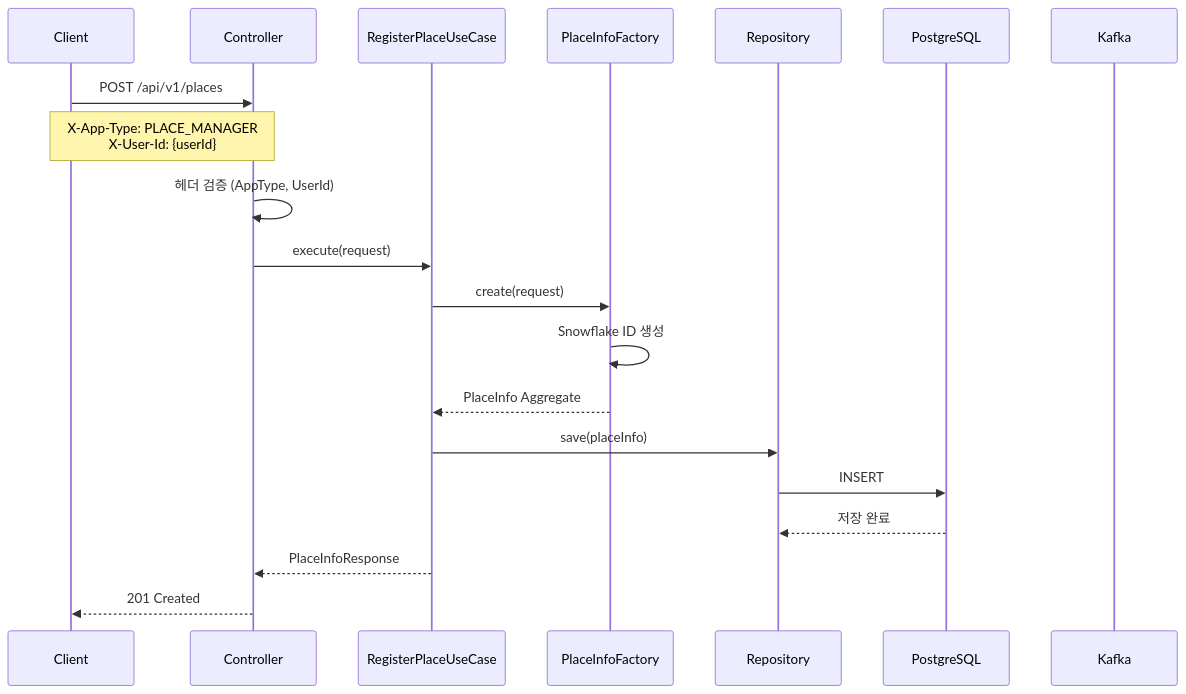
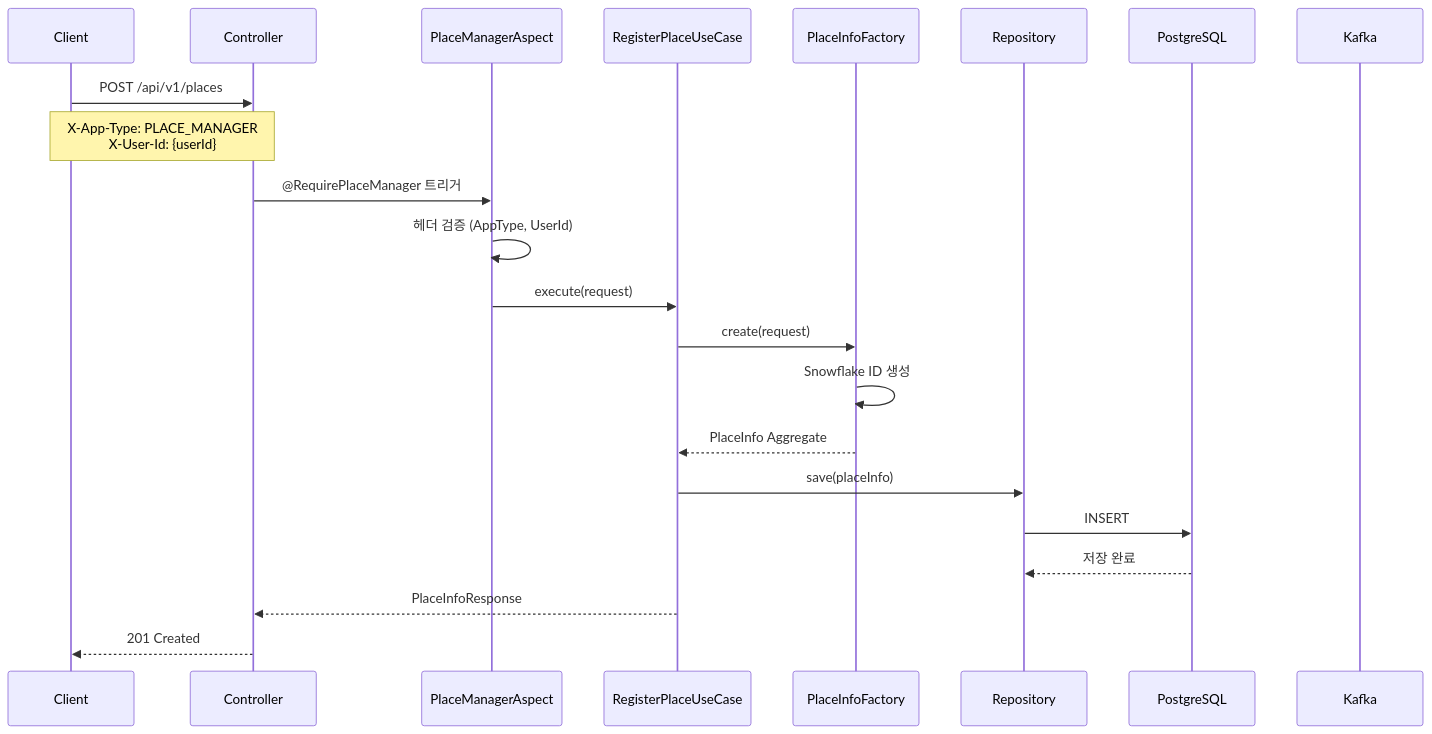
One commit to DDINGJOO/PLACE_INFO_SERVICE_SERVER changed the third of 8 diagrams in README.md. Above: the diagram before and after it, drawn with Mermaid. The commit also changed other lines of this file, not shown here.

````diff
--- a/README.md
+++ b/README.md
@@ -126,22 +130,24 @@
 ```mermaid
 sequenceDiagram
     participant C as Client
     participant CTRL as Controller
+    participant AOP as PlaceManagerAspect
     participant UC as RegisterPlaceUseCase
     participant FACTORY as PlaceInfoFactory
     participant REPO as Repository
     participant DB as PostgreSQL
     participant K as Kafka
     C ->> CTRL: POST /api/v1/places
     Note over C, CTRL: X-App-Type: PLACE_MANAGER<br/>X-User-Id: {userId}
-    CTRL ->> CTRL: 헤더 검증 (AppType, UserId)
-    CTRL ->> UC: execute(request)
+    CTRL ->> AOP: @RequirePlaceManager 트리거
+    AOP ->> AOP: 헤더 검증 (AppType, UserId)
+    AOP ->> UC: execute(request)
     UC ->> FACTORY: create(request)
     FACTORY ->> FACTORY: Snowflake ID 생성
     FACTORY -->> UC: PlaceInfo Aggregate
     UC ->> REPO: save(placeInfo)
     REPO ->> DB: INSERT
     DB -->> REPO: 저장 완료
     UC -->> CTRL: PlaceInfoResponse
     CTRL -->> C: 201 Created
 ```
````
